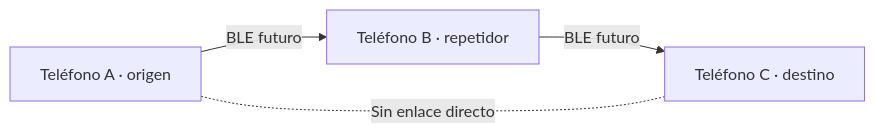
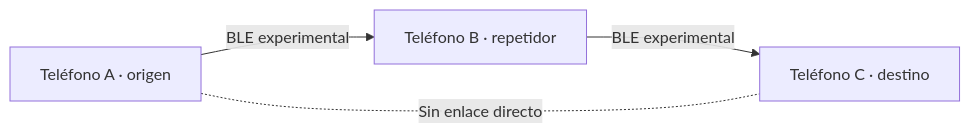
One commit to NicoButter/beaconchat changed the third of 6 diagrams in README.md. Above: the diagram before and after it, drawn with Mermaid. The commit also changed other lines of this file and 19 other files, not shown here.

````diff
--- a/README.md
+++ b/README.md
@@ -75,6 +81,6 @@
 ```mermaid
 flowchart LR
-    A["Teléfono A · origen"] -->|"BLE futuro"| B["Teléfono B · repetidor"]
-    B -->|"BLE futuro"| C["Teléfono C · destino"]
+    A["Teléfono A · origen"] -->|"BLE experimental"| B["Teléfono B · repetidor"]
+    B -->|"BLE experimental"| C["Teléfono C · destino"]
     A -. "Sin enlace directo" .- C
 ```
````
